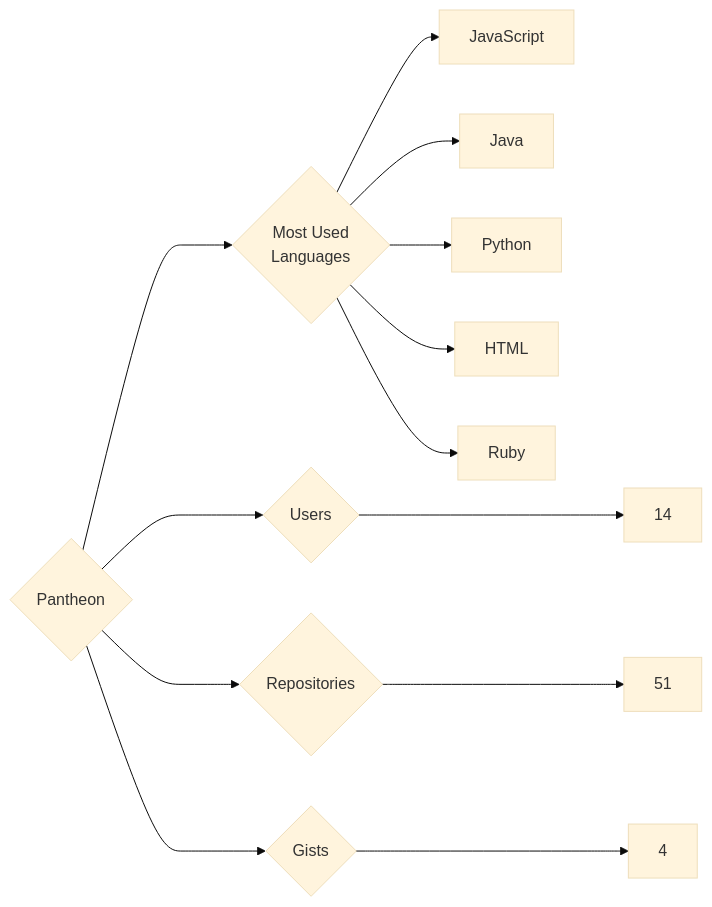
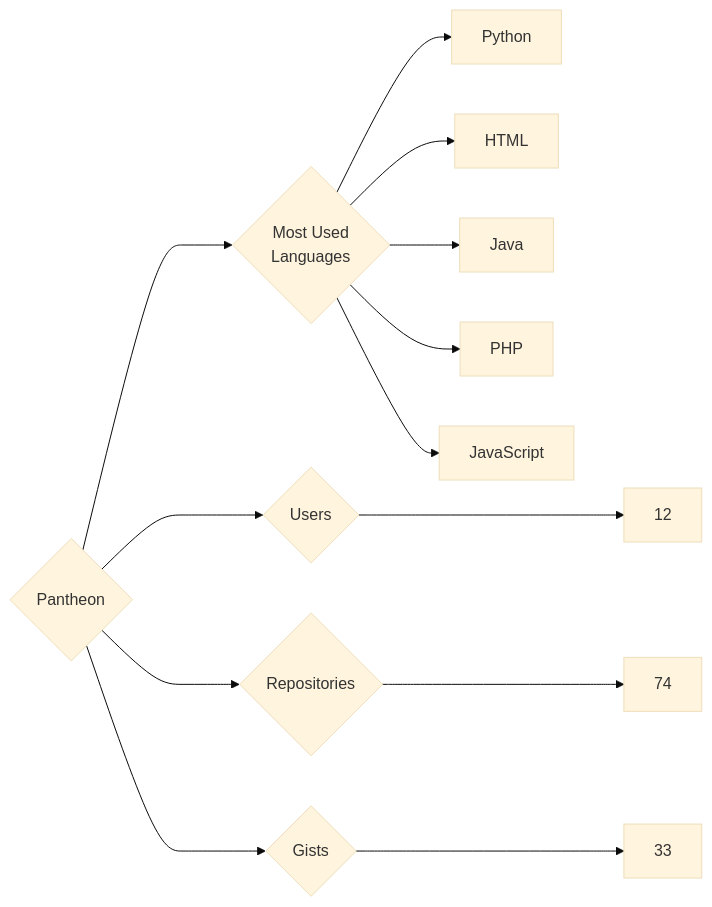
The diagram in targets/Pantheon/README.md (trickest/insiders), drawn with Mermaid (base theme) before and after one commit. The commit also changed 928 other files, not shown here.

````diff
--- a/targets/Pantheon/README.md
+++ b/targets/Pantheon/README.md
@@ -3,13 +3,13 @@
 ```mermaid
 graph LR
 COMPANY_NAME{Pantheon}
-COMPANY_NAME ---> U{Users} ---> UN[14]
-COMPANY_NAME ---> R{Repositories} ---> RN[51]
-COMPANY_NAME ---> G{Gists} ---> GN[4]
+COMPANY_NAME ---> U{Users} ---> UN[12]
+COMPANY_NAME ---> R{Repositories} ---> RN[74]
+COMPANY_NAME ---> G{Gists} ---> GN[33]
 COMPANY_NAME ---> ML{Most Used<br>Languages}
-ML --> JavaScript[JavaScript]
-ML --> Java[Java]
 ML --> Python[Python]
 ML --> HTML[HTML]
-ML --> Ruby[Ruby]
+ML --> Java[Java]
+ML --> PHP[PHP]
+ML --> JavaScript[JavaScript]
 ```
````
